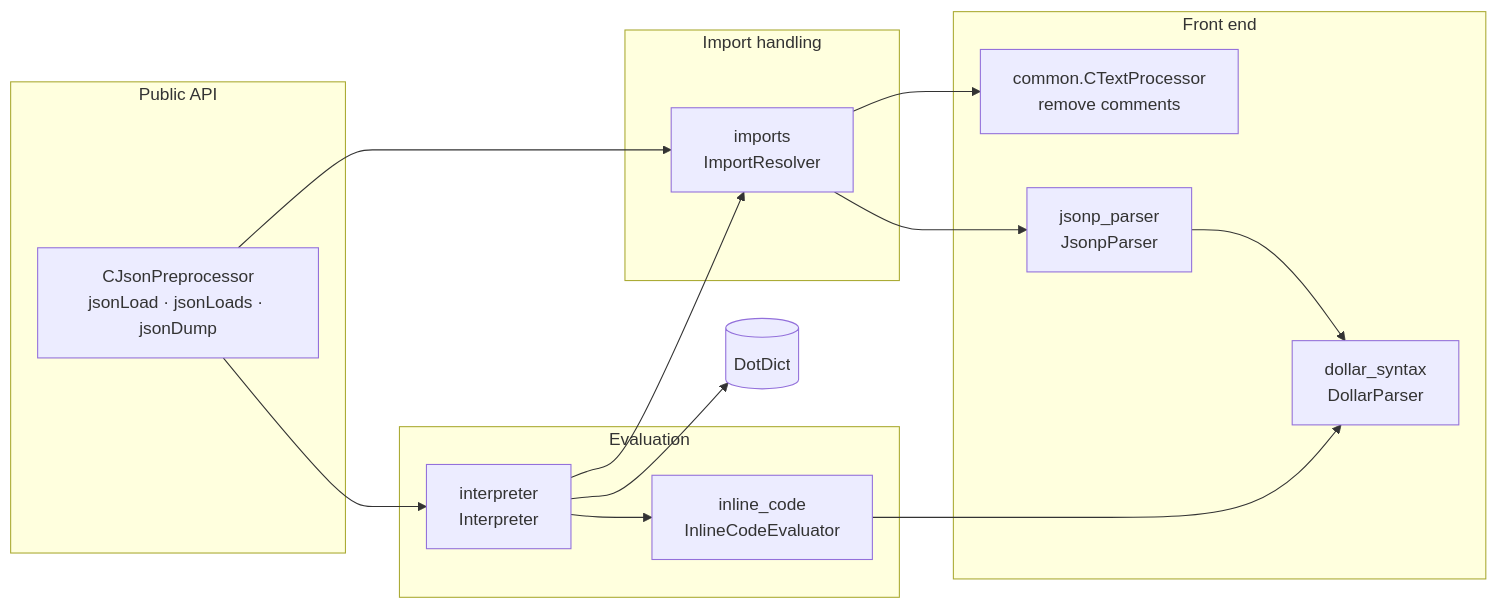
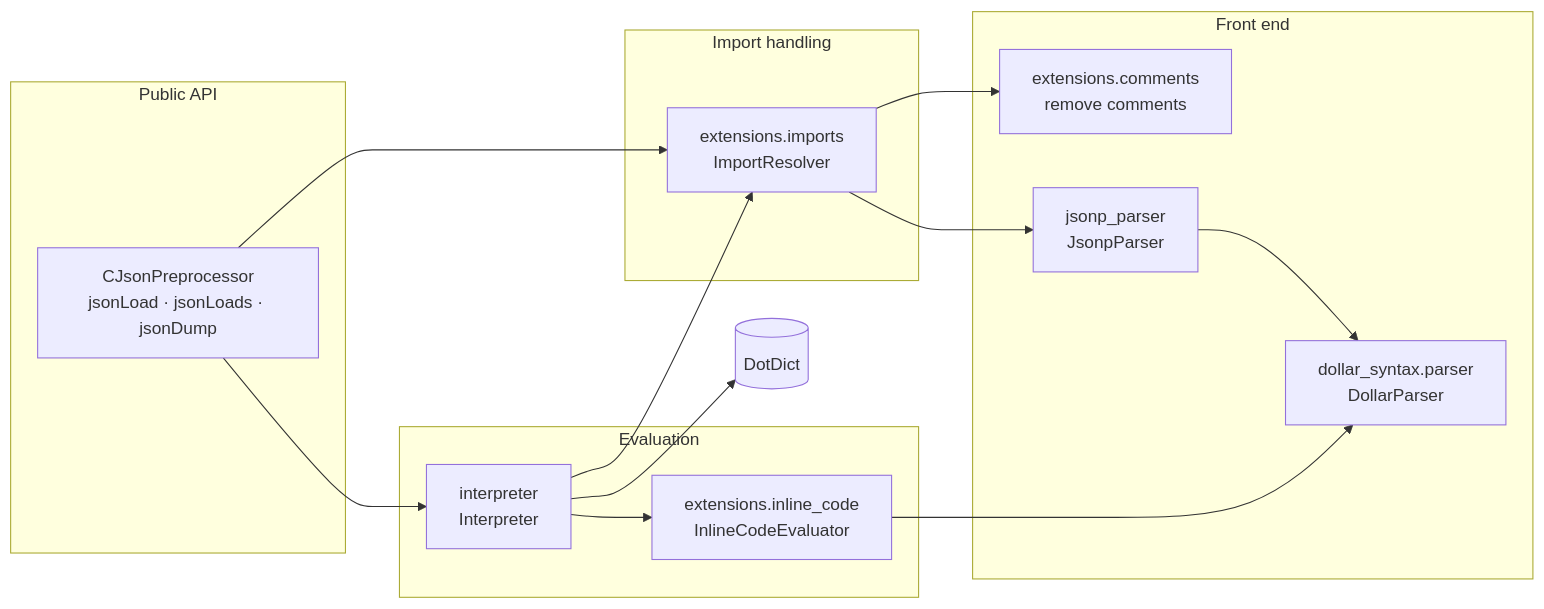
Before and after one commit to test-fullautomation/python-jsonpreprocessor: the first of 2 diagrams in doc/developers/index.md, drawn with Mermaid. The commit also changed other lines of this file and 20 other files, not shown here.

Commit message:
reorganize files. separate extended json syntax from dollar syntax

````diff
--- a/doc/developers/index.md
+++ b/doc/developers/index.md
@@ -34,27 +46,27 @@
 ```mermaid
 flowchart LR
     subgraph api["Public API"]
         CJ["CJsonPreprocessor<br/>jsonLoad · jsonLoads · jsonDump"]
     end
     subgraph front["Front end"]
-        CT["common.CTextProcessor<br/>remove comments"]
+        CT["extensions.comments<br/>remove comments"]
         JP["jsonp_parser<br/>JsonpParser"]
-        DS["dollar_syntax<br/>DollarParser"]
+        DS["dollar_syntax.parser<br/>DollarParser"]
     end
     subgraph mid["Import handling"]
-        IR["imports<br/>ImportResolver"]
+        IR["extensions.imports<br/>ImportResolver"]
     end
     subgraph back["Evaluation"]
         IN["interpreter<br/>Interpreter"]
-        IC["inline_code<br/>InlineCodeEvaluator"]
+        IC["extensions.inline_code<br/>InlineCodeEvaluator"]
     end
     CJ --> IR
     IR --> CT
     IR --> JP
     JP --> DS
     CJ --> IN
     IN --> IR
     IN --> IC
     IC --> DS
     IN --> R[("DotDict")]
 ```
````
